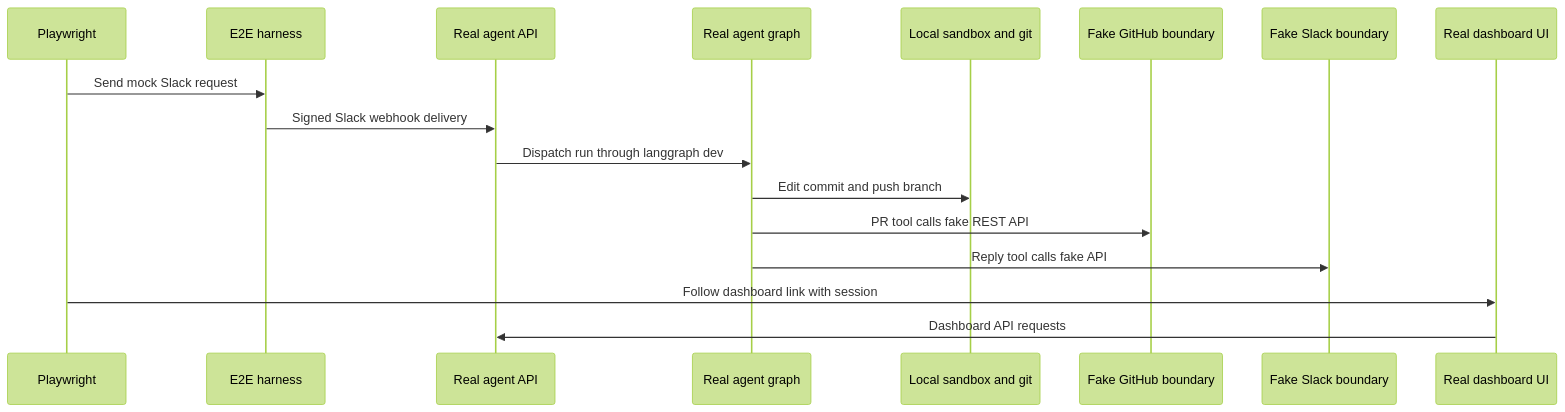
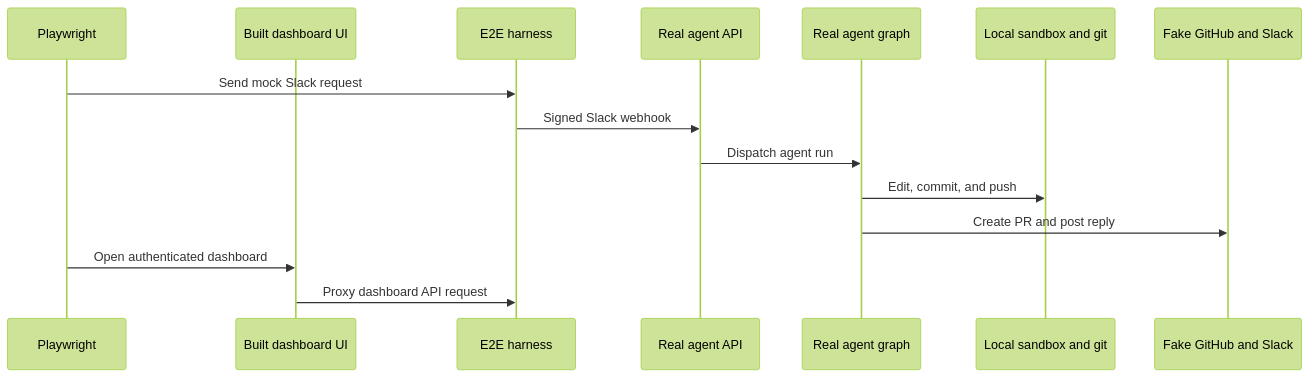
Before and after one commit to langchain-ai/open-swe: the second of 2 diagrams in openwiki/testing/overview.md, drawn with Mermaid (forest theme). The commit also changed other lines of this file and 52 other files, not shown here.

````diff
--- a/openwiki/testing/overview.md
+++ b/openwiki/testing/overview.md
@@ -162,19 +154,17 @@
 ```mermaid
 sequenceDiagram
     participant PW as Playwright
+    participant UI as Built dashboard UI
     participant Harness as E2E harness
     participant API as Real agent API
-    participant Agent as Real agent graph
-    participant Local as Local sandbox and git
-    participant GitHub as Fake GitHub boundary
-    participant Slack as Fake Slack boundary
-    participant Dash as Real dashboard UI
+    participant Graph as Real agent graph
+    participant Git as Local sandbox and git
+    participant SaaS as Fake GitHub and Slack
     PW->>Harness: Send mock Slack request
-    Harness->>API: Signed Slack webhook delivery
-    API->>Agent: Dispatch run through langgraph dev
-    Agent->>Local: Edit commit and push branch
-    Agent->>GitHub: PR tool calls fake REST API
-    Agent->>Slack: Reply tool calls fake API
-    PW->>Dash: Follow dashboard link with session
-    Dash->>API: Dashboard API requests
+    Harness->>API: Signed Slack webhook
+    API->>Graph: Dispatch agent run
+    Graph->>Git: Edit, commit, and push
+    Graph->>SaaS: Create PR and post reply
+    PW->>UI: Open authenticated dashboard
+    UI->>Harness: Proxy dashboard API request
 ```
````
